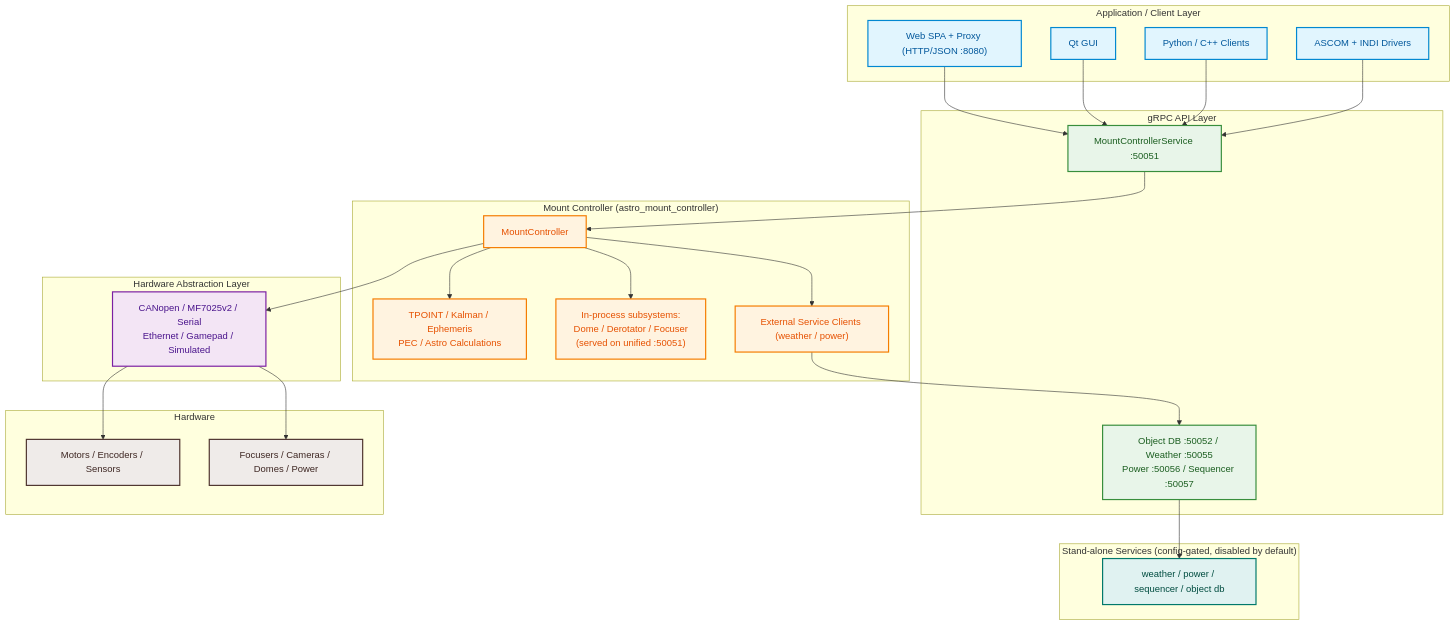
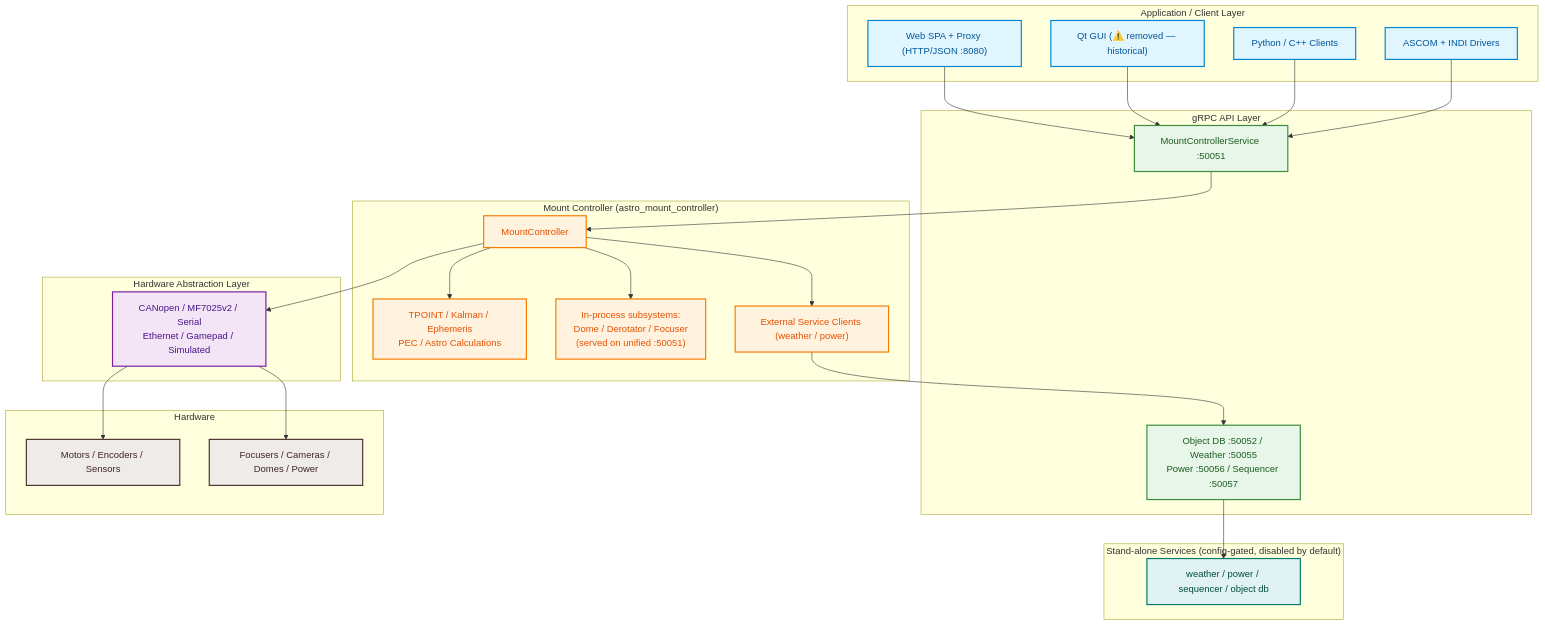
One commit to pielaszkiewicz-jacek/astro_mount_control changed the first of 11 diagrams in docs/en/architecture.md. Above: the diagram before and after it, drawn with Mermaid. The commit also changed other lines of this file and 156 other files, not shown here.

````diff
--- a/docs/en/architecture.md
+++ b/docs/en/architecture.md
@@ -18,62 +18,62 @@
 ```mermaid
 flowchart TB
     classDef client fill:#e1f5fe,stroke:#0288d1,stroke-width:2px,color:#01579b
     classDef api fill:#e8f5e9,stroke:#388e3c,stroke-width:2px,color:#1b5e20
     classDef core fill:#fff3e0,stroke:#f57c00,stroke-width:2px,color:#e65100
     classDef svc fill:#e0f2f1,stroke:#00796b,stroke-width:2px,color:#004d40
     classDef hal fill:#f3e5f5,stroke:#7b1fa2,stroke-width:2px,color:#4a148c
     classDef hw fill:#efebe9,stroke:#4e342e,stroke-width:2px,color:#3e2723
 
     subgraph CLIENTS["Application / Client Layer"]
         WEB["Web SPA + Proxy (HTTP/JSON :8080)"]
-        QT["Qt GUI"]
+        QT["Qt GUI (⚠️ removed — historical)"]
         PY["Python / C++ Clients"]
         DRV["ASCOM + INDI Drivers"]
     end
 
     subgraph API["gRPC API Layer"]
         GRPC["MountControllerService :50051"]
         EXT["Object DB :50052 / Weather :50055<br/>Power :50056 / Sequencer :50057"]
     end
 
     subgraph CORE["Mount Controller (astro_mount_controller)"]
         MC["MountController"]
         MODELS["TPOINT / Kalman / Ephemeris<br/>PEC / Astro Calculations"]
         INPROC["In-process subsystems:<br/>Dome / Derotator / Focuser<br/>(served on unified :50051)"]
         CLIENTSVC["External Service Clients (weather / power)"]
     end
 
     subgraph SERVICES["Stand-alone Services (config-gated, disabled by default)"]
         SVCS["weather / power / sequencer / object db"]
     end
 
     subgraph HAL["Hardware Abstraction Layer"]
         HALIMPL["CANopen / MF7025v2 / Serial<br/>Ethernet / Gamepad / Simulated"]
     end
 
     subgraph HW["Hardware"]
         HW1["Motors / Encoders / Sensors"]
         HW2["Focusers / Cameras / Domes / Power"]
     end
 
     WEB --> GRPC
     QT --> GRPC
     PY --> GRPC
     DRV --> GRPC
     GRPC --> MC
     MC --> MODELS
     MC --> INPROC
     MC --> CLIENTSVC
     CLIENTSVC --> EXT
     EXT --> SVCS
     MC --> HALIMPL
     HALIMPL --> HW1
     HALIMPL --> HW2
 
     class WEB,QT,PY,DRV client
     class GRPC,EXT api
     class MC,MODELS,INPROC,CLIENTSVC core
     class SVCS svc
     class HALIMPL hal
     class HW1,HW2 hw
 ```
````
